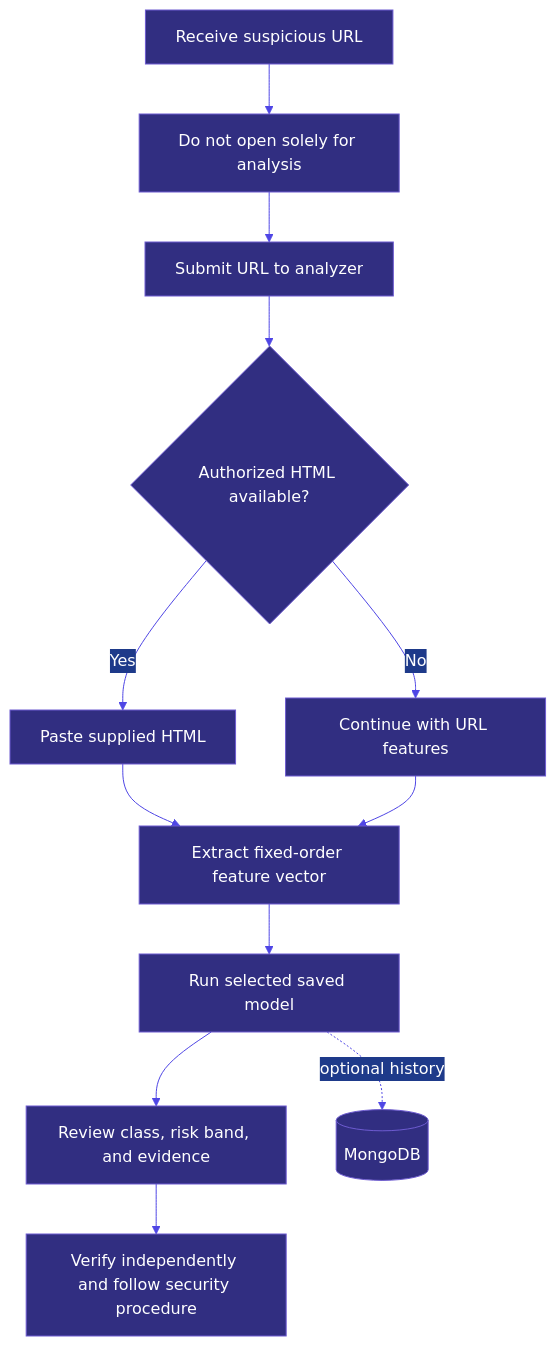
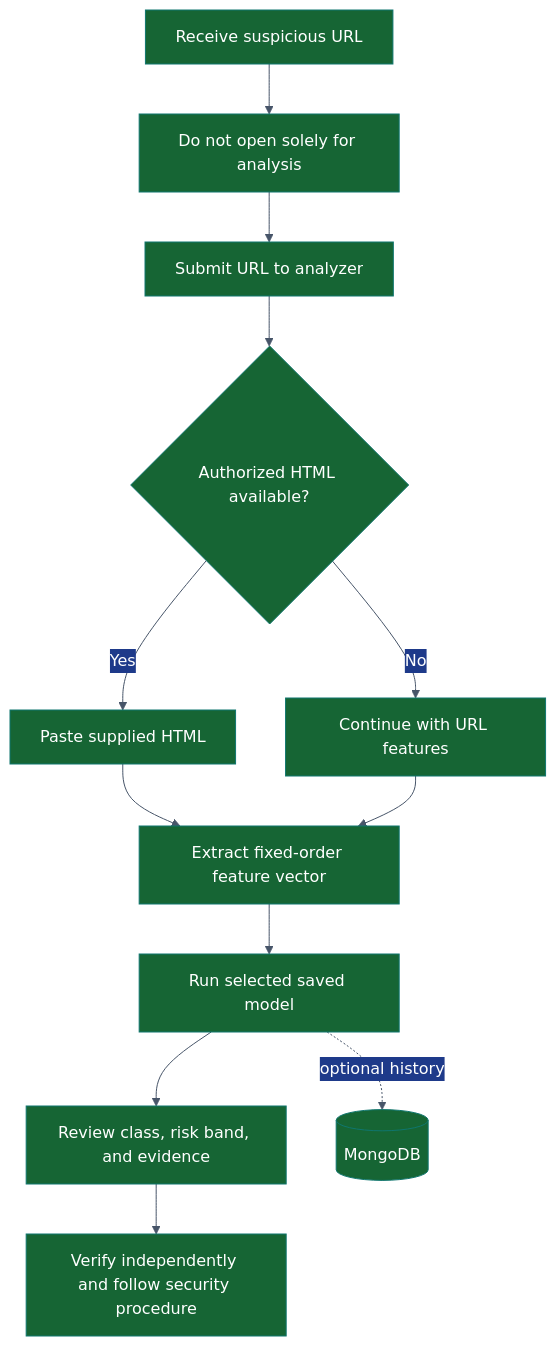
One commit to ArshiBansal/Intelligent_URL_Threat_Analyzer changed the second of 4 diagrams in README.md. Above: the diagram before and after it, drawn with Mermaid. The commit also changed other lines of this file, not shown here.

````diff
--- a/README.md
+++ b/README.md
@@ -168,15 +168,15 @@
 ```mermaid
-%%{init: {'theme':'base','themeVariables': {'primaryColor':'#312E81','primaryTextColor':'#ffffff','primaryBorderColor':'#6D5BD0','lineColor':'#4F46E5','secondaryColor':'#1E3A8A','tertiaryColor':'#111827','background':'#ffffff','mainBkg':'#312E81','nodeBorder':'#6D5BD0','clusterBkg':'#111827','clusterBorder':'#4F46E5'}}}%%
+%%{init: {'theme':'base','themeVariables': {'primaryColor':'#166534','primaryTextColor':'#ffffff','primaryBorderColor':'#0F766E','lineColor':'#475569','secondaryColor':'#1E3A8A','tertiaryColor':'#334155','background':'#ffffff','mainBkg':'#166534','nodeBorder':'#0F766E','clusterBkg':'#F1F5F9','clusterBorder':'#475569'}}}%%
 flowchart TD
     A[Receive suspicious URL] --> B[Do not open solely for analysis]
     B --> C[Submit URL to analyzer]
     C --> D{Authorized HTML available?}
     D -- Yes --> E[Paste supplied HTML]
     D -- No --> F[Continue with URL features]
     E --> G[Extract fixed-order feature vector]
     F --> G
     G --> H[Run selected saved model]
     H --> I[Review class, risk band, and evidence]
     I --> J[Verify independently and follow security procedure]
     H -. optional history .-> K[(MongoDB)]
 ```
````
